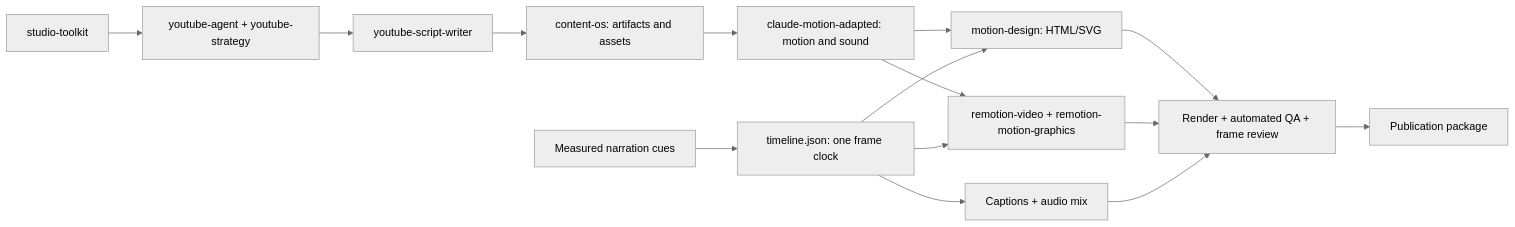
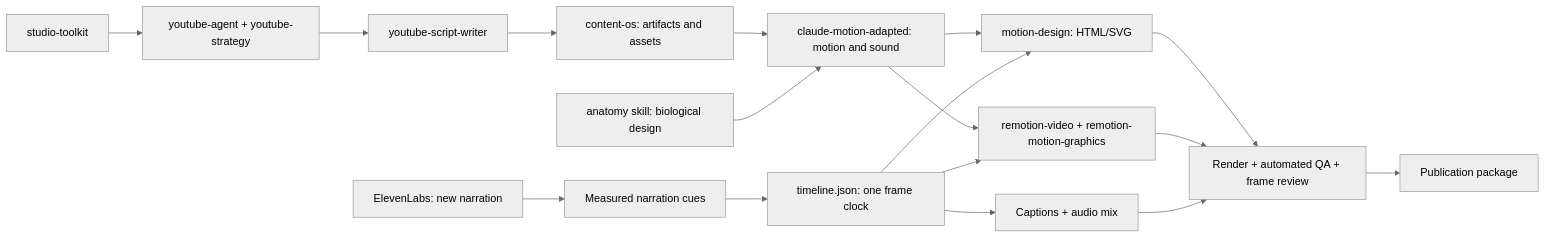
The diagram in README.md (TahaGabroun/studio-toolkit), drawn with Mermaid (neutral theme) before and after one commit. The commit also changed other lines of this file and 160 other files, not shown here.

Commit message:
Use supplied Anatomy diagrams and ElevenLabs narration in production workflows

````diff
--- a/README.md
+++ b/README.md
@@ -15,17 +16,19 @@
 ```mermaid
 flowchart LR
   O[studio-toolkit] --> Y[youtube-agent + youtube-strategy]
   Y --> S[youtube-script-writer]
   S --> C[content-os: artifacts and assets]
   C --> M[claude-motion-adapted: motion and sound]
   M --> H[motion-design: HTML/SVG]
   M --> R[remotion-video + remotion-motion-graphics]
-  N[Measured narration cues] --> T[timeline.json: one frame clock]
+  AN[anatomy skill: biological design] --> M
+  EL[ElevenLabs: new narration] --> N[Measured narration cues]
+  N --> T[timeline.json: one frame clock]
   T --> H
   T --> R
   T --> A[Captions + audio mix]
   H --> Q[Render + automated QA + frame review]
   R --> Q
   A --> Q
   Q --> P[Publication package]
 ```
````
